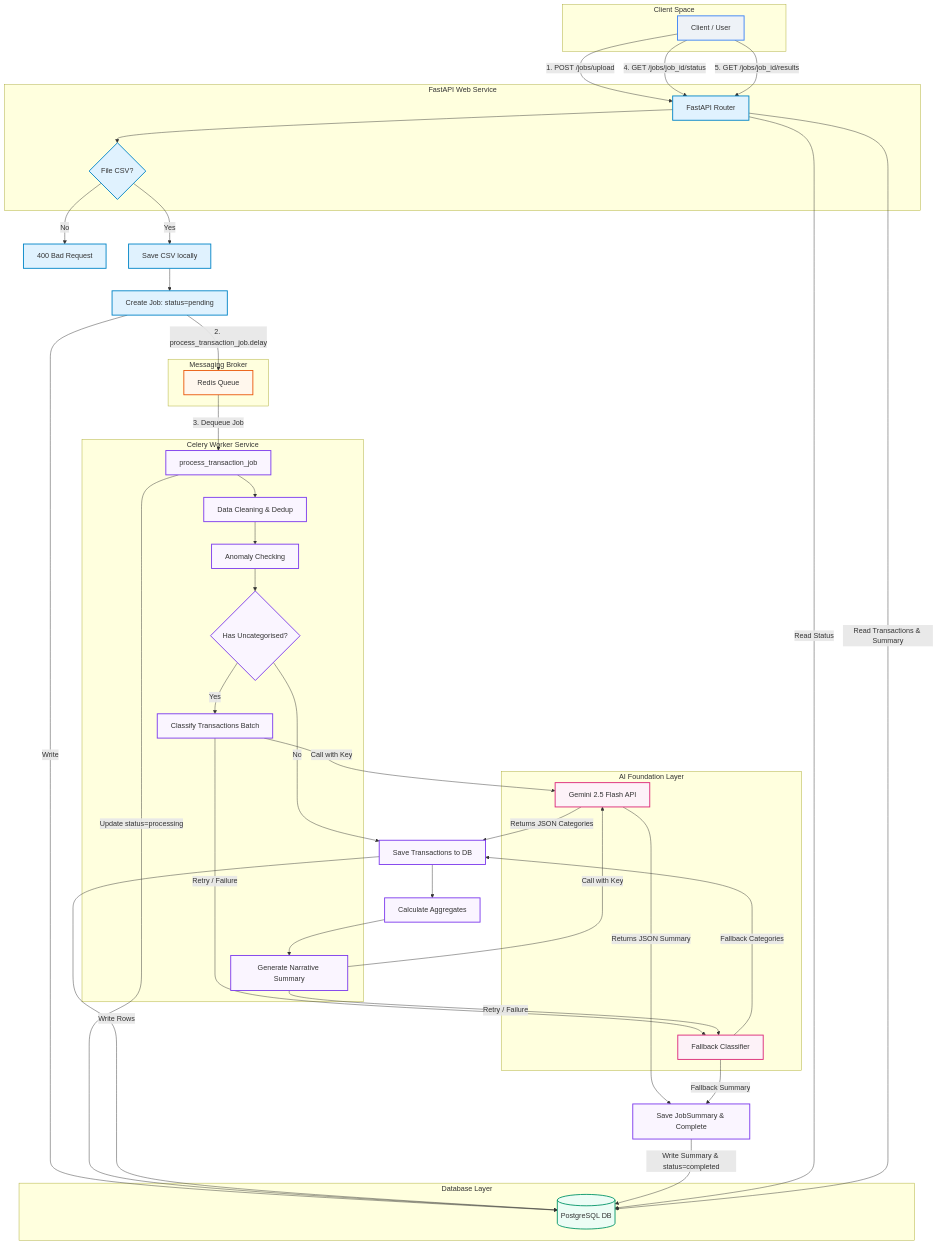
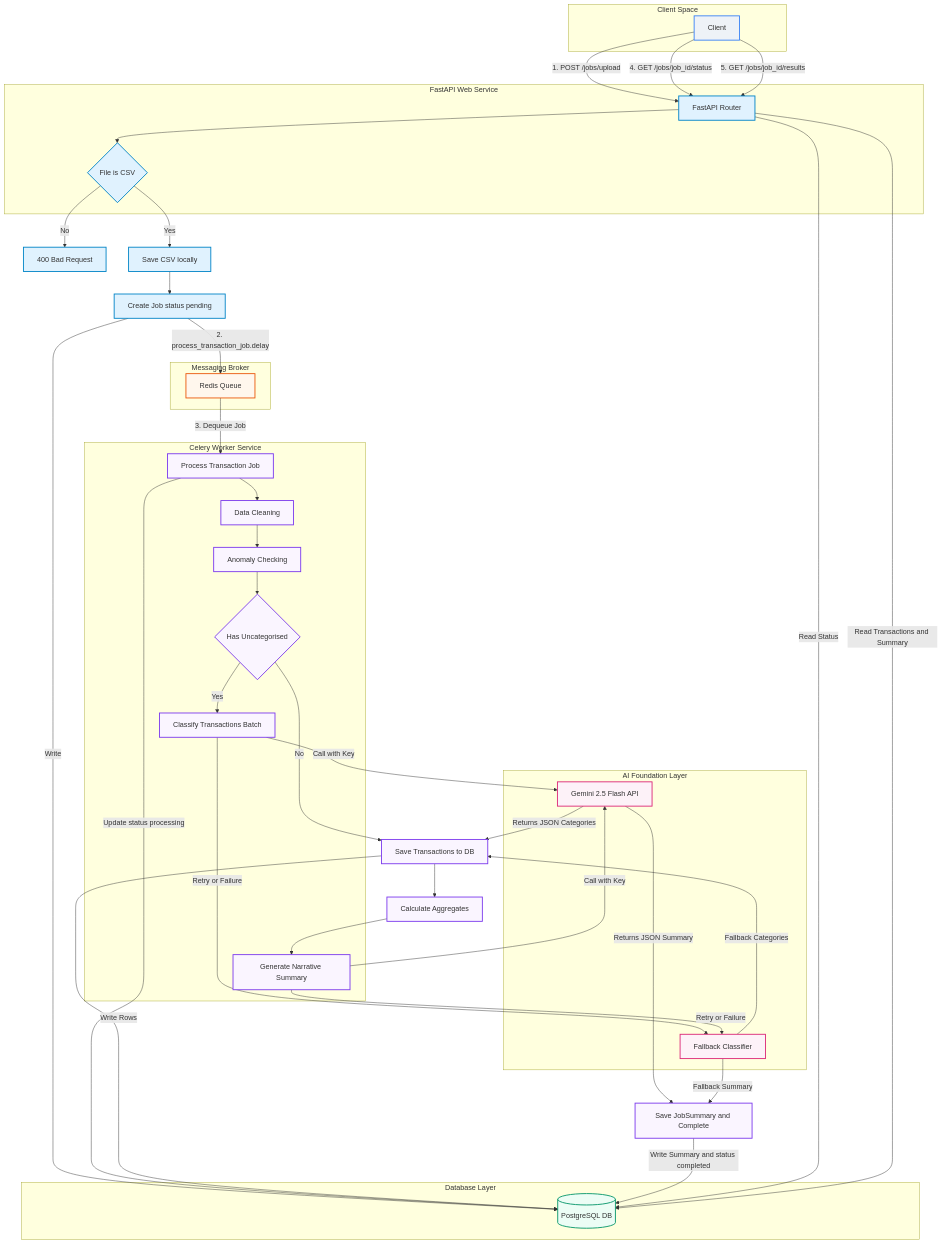
One commit to prakhar-developer/alemeno changed the first of 2 diagrams in README.md. Above: the diagram before and after it, drawn with Mermaid. The commit also changed other lines of this file, not shown here.

Commit message:
fix: Completely sanitize Mermaid diagram node text to resolve GitHub rendering errors

````diff
--- a/README.md
+++ b/README.md
@@ -147,82 +147,82 @@
 ```mermaid
 graph TD
     %% Colors and Styles %%
     classDef client fill:#eef2f7,stroke:#3b82f6,stroke-width:2px;
     classDef web fill:#e0f2fe,stroke:#0284c7,stroke-width:2px;
     classDef db fill:#ecfdf5,stroke:#059669,stroke-width:2px;
     classDef queue fill:#fff7ed,stroke:#ea580c,stroke-width:2px;
     classDef worker fill:#faf5ff,stroke:#7c3aed,stroke-width:2px;
     classDef llm fill:#fdf2f8,stroke:#db2777,stroke-width:2px;
 
     subgraph Client Space
-        C["Client / User"]:::client
+        C[Client]:::client
     end
 
     subgraph FastAPI Web Service
-        API["FastAPI Router"]:::web
-        Val{"File CSV?"}:::web
+        API[FastAPI Router]:::web
+        Val{File is CSV}:::web
     end
 
     subgraph Messaging Broker
-        Redis["Redis Queue"]:::queue
+        Redis[Redis Queue]:::queue
     end
 
     subgraph Celery Worker Service
-        Task["process_transaction_job"]:::worker
-        Clean["Data Cleaning & Dedup"]:::worker
-        Anomaly["Anomaly Checking"]:::worker
-        UncatDecision{"Has Uncategorised?"}:::worker
-        BatchLLM["Classify Transactions Batch"]:::worker
-        NarrativeLLM["Generate Narrative Summary"]:::worker
+        Task[Process Transaction Job]:::worker
+        Clean[Data Cleaning]:::worker
+        Anomaly[Anomaly Checking]:::worker
+        UncatDecision{Has Uncategorised}:::worker
+        BatchLLM[Classify Transactions Batch]:::worker
+        NarrativeLLM[Generate Narrative Summary]:::worker
     end
 
     subgraph Database Layer
-        Postgres[("PostgreSQL DB")]:::db
+        Postgres[(PostgreSQL DB)]:::db
     end
 
     subgraph AI Foundation Layer
-        Gemini["Gemini 2.5 Flash API"]:::llm
-        Mock["Fallback Classifier"]:::llm
+        Gemini[Gemini 2.5 Flash API]:::llm
+        Mock[Fallback Classifier]:::llm
     end
 
     %% Upload Flow %%
     C -->|1. POST /jobs/upload| API
     API --> Val
-    Val -->|No| Reject["400 Bad Request"]:::web
-    Val -->|Yes| SaveFile["Save CSV locally"]:::web
-    SaveFile --> CreateJob["Create Job: status=pending"]:::web
+    Val -->|No| Reject[400 Bad Request]:::web
+    Val -->|Yes| SaveFile[Save CSV locally]:::web
+    SaveFile --> CreateJob[Create Job status pending]:::web
     CreateJob -->|Write| Postgres
     CreateJob -->|2. process_transaction_job.delay| Redis
     Redis -->|3. Dequeue Job| Task
 
     %% Worker Processing Pipeline %%
-    Task -->|Update status=processing| Postgres
+    Task -->|Update status processing| Postgres
     Task --> Clean
     Clean --> Anomaly
     Anomaly --> UncatDecision
     
     UncatDecision -->|Yes| BatchLLM
     UncatDecision -->|No| SaveTxns
     
     BatchLLM -->|Call with Key| Gemini
-    BatchLLM -->|Retry / Failure| Mock
+    BatchLLM -->|Retry or Failure| Mock
     Gemini -->|Returns JSON Categories| SaveTxns
     Mock -->|Fallback Categories| SaveTxns
     
-    SaveTxns["Save Transactions to DB"]:::worker -->|Write Rows| Postgres
-    SaveTxns --> ComputeStats["Calculate Aggregates"]:::worker
+    SaveTxns[Save Transactions to DB]:::worker -->|Write Rows| Postgres
+    SaveTxns --> ComputeStats[Calculate Aggregates]:::worker
     ComputeStats --> NarrativeLLM
     
     NarrativeLLM -->|Call with Key| Gemini
-    NarrativeLLM -->|Retry / Failure| Mock
+    NarrativeLLM -->|Retry or Failure| Mock
     Gemini -->|Returns JSON Summary| SaveSummary
     Mock -->|Fallback Summary| SaveSummary
     
-    SaveSummary["Save JobSummary & Complete"]:::worker -->|Write Summary & status=completed| Postgres
+    SaveSummary[Save JobSummary and Complete]:::worker -->|Write Summary and status completed| Postgres
 
     %% Polling Flow %%
     C -->|4. GET /jobs/job_id/status| API
     API -->|Read Status| Postgres
     C -->|5. GET /jobs/job_id/results| API
-    API -->|Read Transactions & Summary| Postgres
+    API -->|Read Transactions and Summary| Postgres
 ```
````
